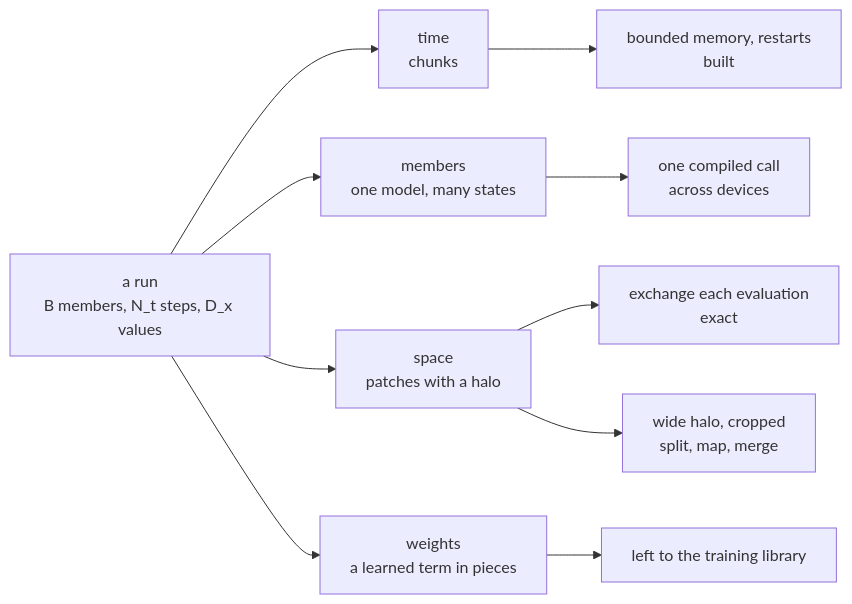
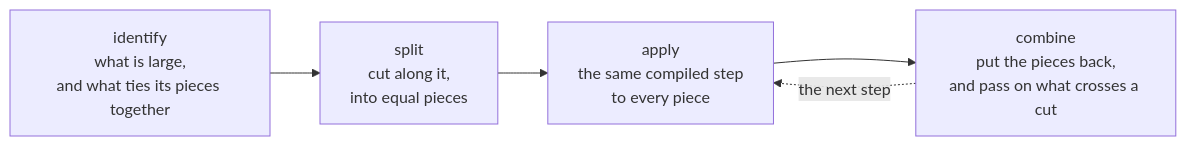
Before and after one commit to jejjohnson/sesmax: the first of 9 diagrams in docs/design/sesmax_scaling.md, drawn with Mermaid. The commit also changed other lines of this file, not shown here.

Commit message:
docs(design): scaling as identify, split, apply, combine, with five ways to split

````diff
--- a/docs/design/sesmax_scaling.md
+++ b/docs/design/sesmax_scaling.md
@@ -172,13 +39,9 @@
 ```mermaid
 flowchart LR
-    run["a run<br/>B members, N_t steps, D_x values"]
-    run --> time["time<br/>chunks"]
-    run --> members["members<br/>one model, many states"]
-    run --> space["space<br/>patches with a halo"]
-    run --> weights["weights<br/>a learned term in pieces"]
-    time --> t1["bounded memory, restarts<br/>built"]
-    members --> m1["one compiled call<br/>across devices"]
-    space --> s1["exchange each evaluation<br/>exact"]
-    space --> s2["wide halo, cropped<br/>split, map, merge"]
-    weights --> w1["left to the training library"]
+    identify["identify<br/>what is large,<br/>and what ties its pieces together"]
+    split["split<br/>cut along it,<br/>into equal pieces"]
+    apply["apply<br/>the same compiled step<br/>to every piece"]
+    combine["combine<br/>put the pieces back,<br/>and pass on what crosses a cut"]
+    identify --> split --> apply --> combine
+    combine -.->|"the next step"| apply
 ```
````
